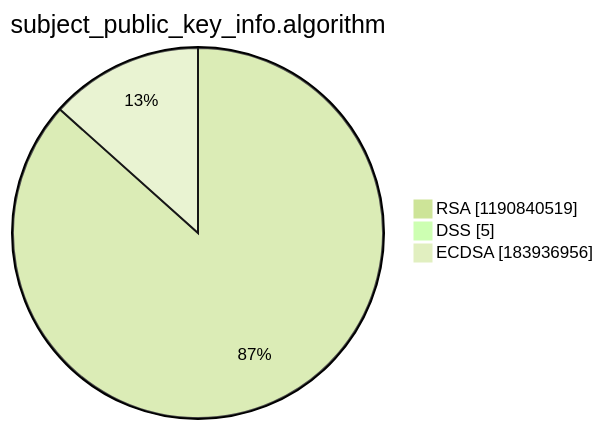
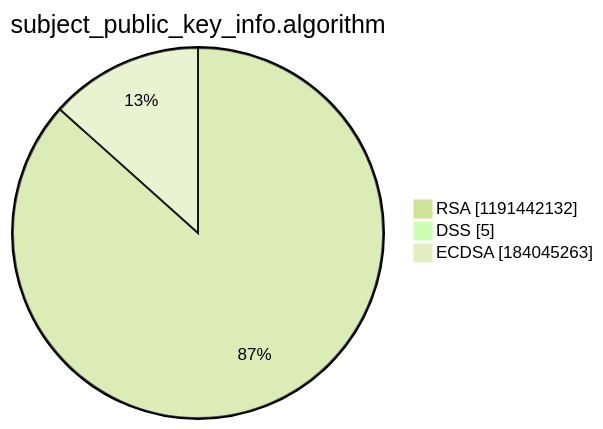
One commit to christiankrug/ctmonitor_visualization changed the third of 15 diagrams in argon2022/README.md. Above: the diagram before and after it, drawn with Mermaid (forest theme). The commit also changed other lines of this file, not shown here.

````diff
--- a/argon2022/README.md
+++ b/argon2022/README.md
@@ -14,7 +14,7 @@
 ```mermaid
 pie showData
 title subject_public_key_info.algorithm
-"RSA" :1190840519
+"RSA" :1191442132
 "DSS" :5
-"ECDSA" :183936956
+"ECDSA" :184045263
 ```
````
